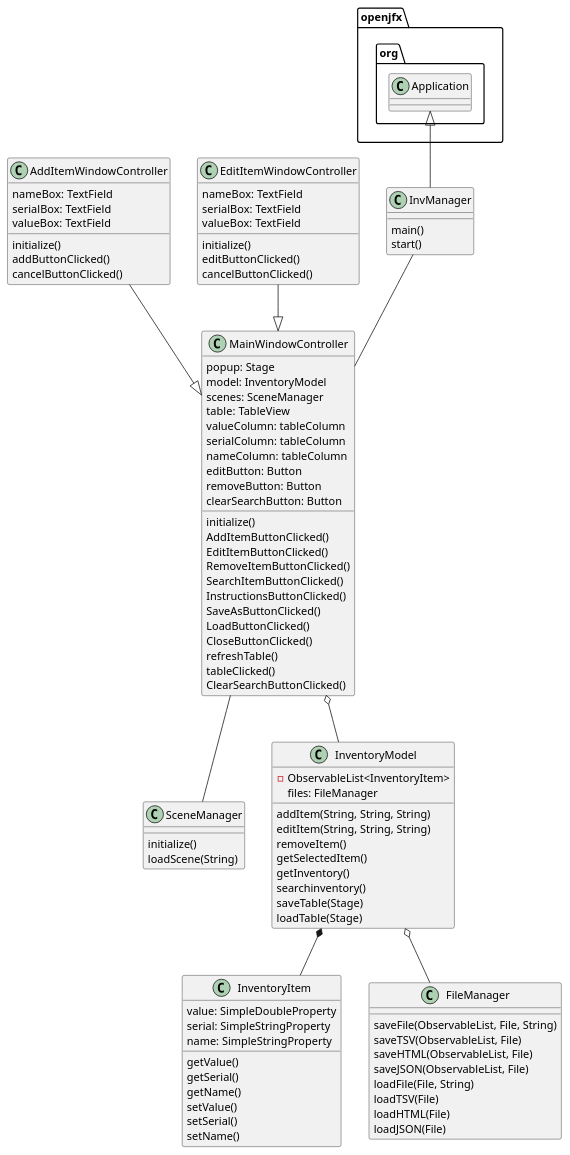
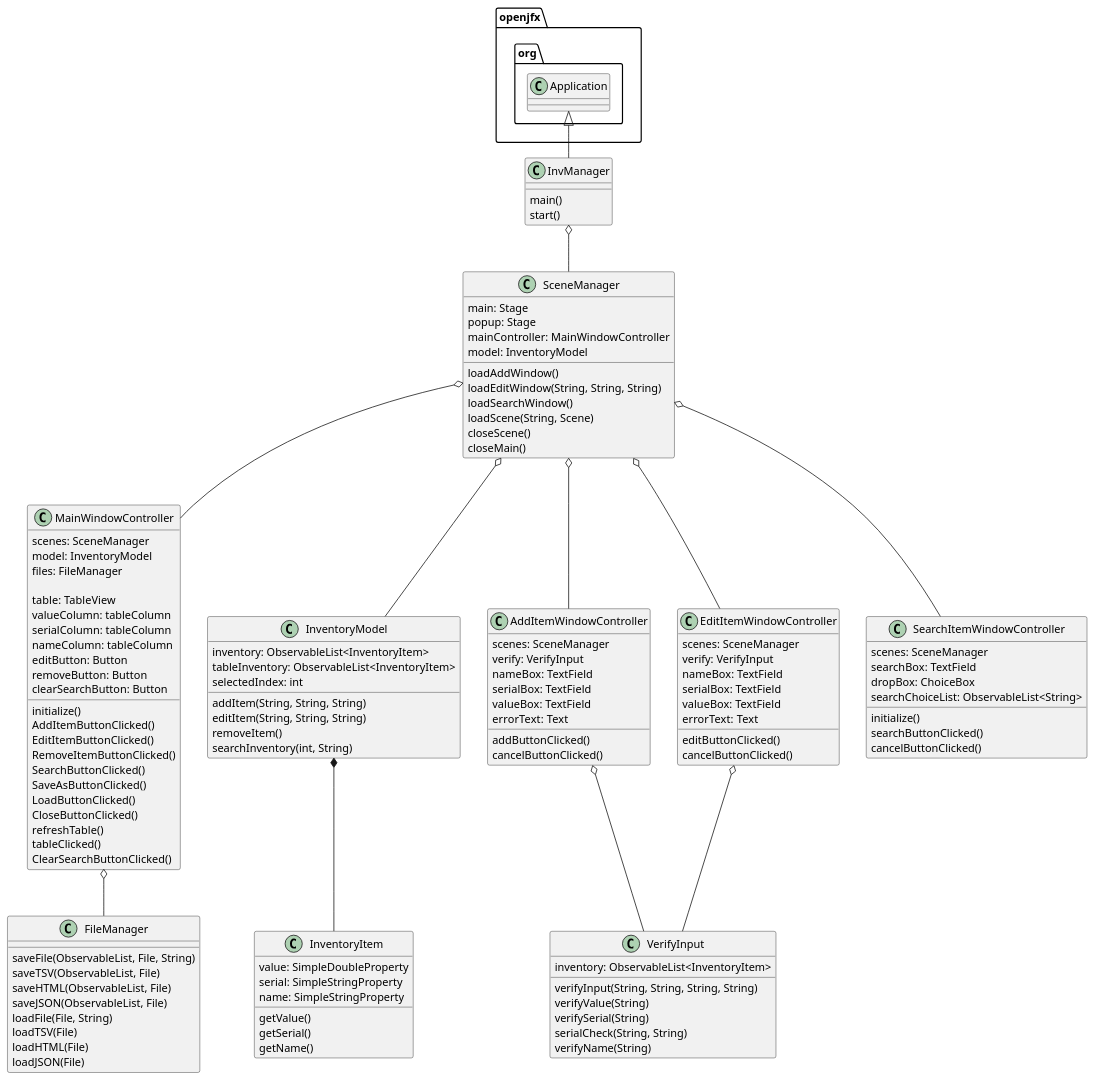
The diagram in uml/InvManager.puml (douglasgloverUCF/glover-6555-a5), drawn with PlantUML before and after one commit. The commit also changed 4 other files, not shown here.

```diff
--- a/uml/InvManager.puml
+++ b/uml/InvManager.puml
@@ -1,97 +1,128 @@
 @startuml
 
 openjfx.org.Application <|== InvManager
-InvManager -- MainWindowController
-MainWindowController -- SceneManager
-MainWindowController o-- InventoryModel
-AddItemWindowController --|> MainWindowController
-EditItemWindowController --|> MainWindowController
+InvManager o-- SceneManager
+
+SceneManager o-- MainWindowController
+SceneManager o-- InventoryModel
+SceneManager o-- AddItemWindowController
+SceneManager o-- EditItemWindowController
+SceneManager o-- SearchItemWindowController
 InventoryModel *-- InventoryItem
-InventoryModel o-- FileManager
+MainWindowController  o-- FileManager
+AddItemWindowController o-- VerifyInput
+EditItemWindowController o-- VerifyInput
 
 Class InvManager {
     main()
     start()
 }
 Class SceneManager {
-    initialize()
-    loadScene(String)
+    main: Stage
+    popup: Stage
+    mainController: MainWindowController
+    model: InventoryModel
+
+    loadAddWindow()
+    loadEditWindow(String, String, String)
+    loadSearchWindow()
+    loadScene(String, Scene)
+    closeScene()
+    closeMain()
 }
 Class MainWindowController {
-    popup: Stage
+    scenes: SceneManager
     model: InventoryModel
-    scenes: SceneManager
+    files: FileManager
+
     table: TableView
     valueColumn: tableColumn
     serialColumn: tableColumn
     nameColumn: tableColumn
     editButton: Button
     removeButton: Button
     clearSearchButton: Button
 
     initialize()
     AddItemButtonClicked()
     EditItemButtonClicked()
     RemoveItemButtonClicked()
-    SearchItemButtonClicked()
-    InstructionsButtonClicked()
+    SearchButtonClicked()
     SaveAsButtonClicked()
     LoadButtonClicked()
     CloseButtonClicked()
     refreshTable()
     tableClicked()
     ClearSearchButtonClicked()
 }
 Class AddItemWindowController {
+    scenes: SceneManager
+    verify: VerifyInput
     nameBox: TextField
     serialBox: TextField
     valueBox: TextField
+    errorText: Text
 
-    initialize()
     addButtonClicked()
     cancelButtonClicked()
 }
 Class EditItemWindowController {
+    scenes: SceneManager
+    verify: VerifyInput
     nameBox: TextField
     serialBox: TextField
     valueBox: TextField
+    errorText: Text
+
+    editButtonClicked()
+    cancelButtonClicked()
+}
+Class SearchItemWindowController {
+    scenes: SceneManager
+    searchBox: TextField
+    dropBox: ChoiceBox
+    searchChoiceList: ObservableList<String>
 
     initialize()
-    editButtonClicked()
+    searchButtonClicked()
     cancelButtonClicked()
 }
 Class FileManager {
     saveFile(ObservableList, File, String)
     saveTSV(ObservableList, File)
     saveHTML(ObservableList, File)
     saveJSON(ObservableList, File)
     loadFile(File, String)
     loadTSV(File)
     loadHTML(File)
     loadJSON(File)
 }
+Class VerifyInput {
+    inventory: ObservableList<InventoryItem>
+
+    verifyInput(String, String, String, String)
+    verifyValue(String)
+    verifySerial(String)
+    serialCheck(String, String)
+    verifyName(String)
+}
 Class InventoryModel {
-    - ObservableList<InventoryItem>
-    files: FileManager
+    inventory: ObservableList<InventoryItem>
+    tableInventory: ObservableList<InventoryItem>
+    selectedIndex: int
 
     addItem(String, String, String)
     editItem(String, String, String)
     removeItem()
-    getSelectedItem()
-    getInventory()
-    searchinventory()
-    saveTable(Stage)
-    loadTable(Stage)
+    searchInventory(int, String)
 }
 Class InventoryItem {
     value: SimpleDoubleProperty
     serial: SimpleStringProperty
     name: SimpleStringProperty
+
     getValue()
     getSerial()
     getName()
-    setValue()
-    setSerial()
-    setName()
 }
 @enduml
```
